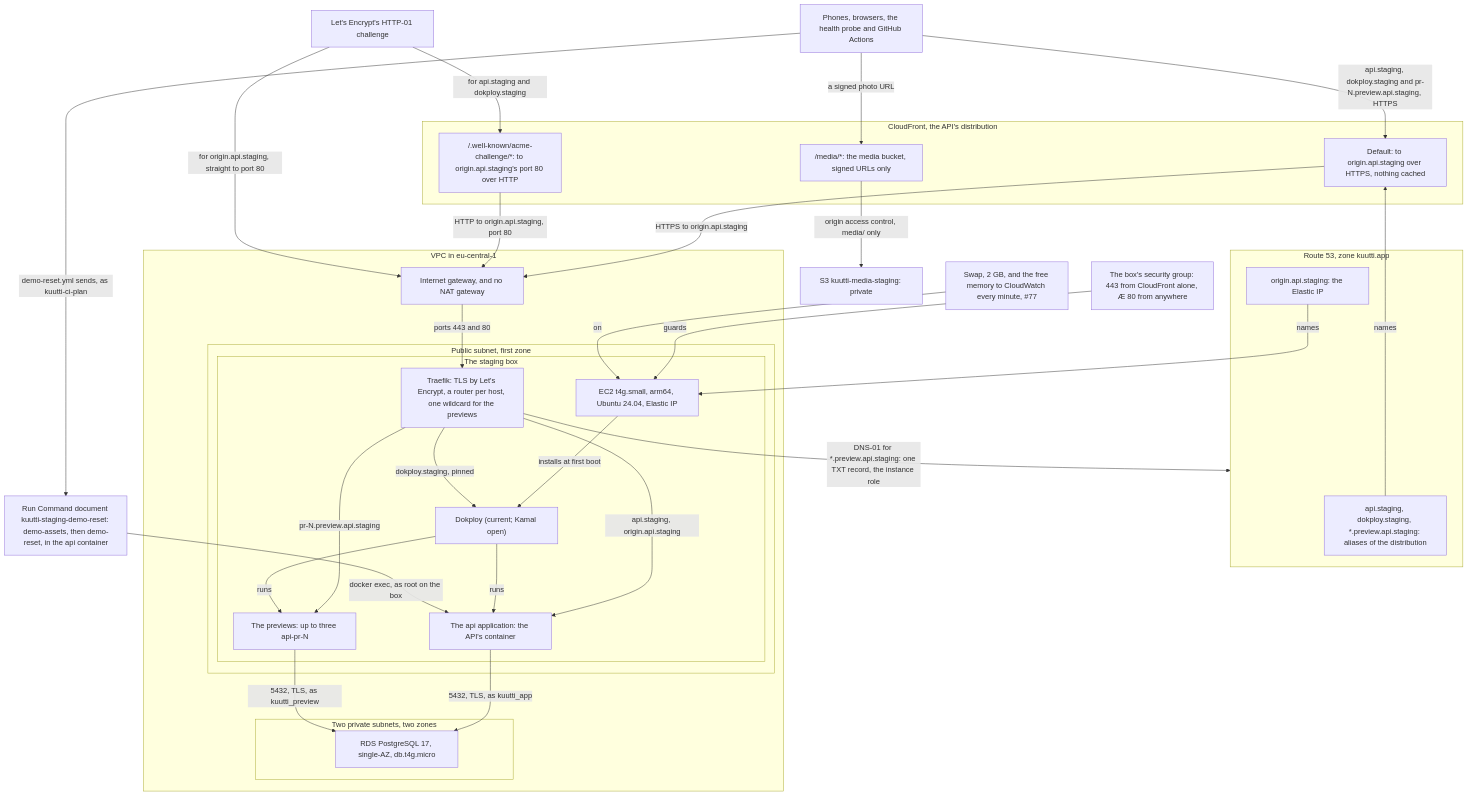
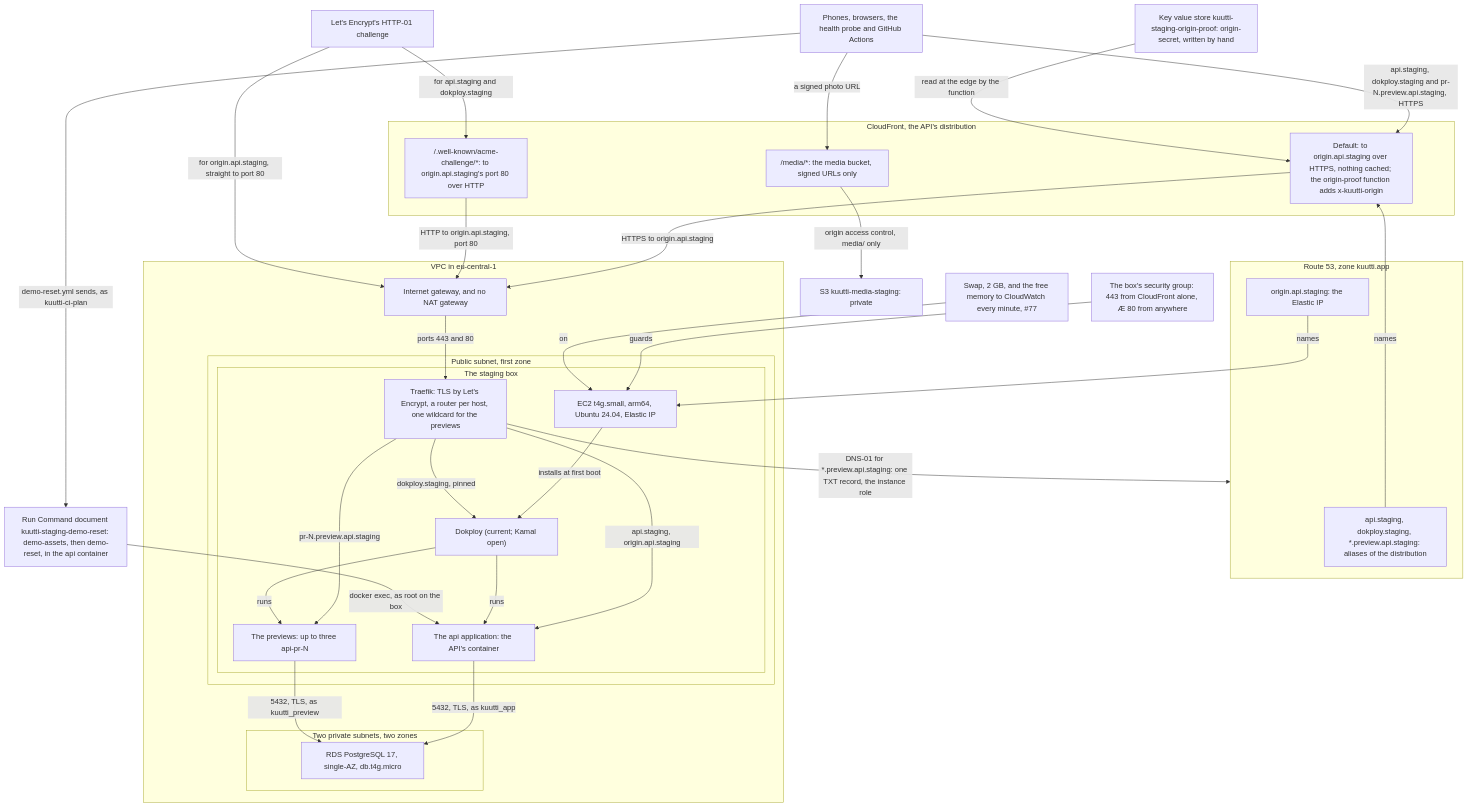
The second of 6 diagrams in docs/architecture/deployment.md (kuutti-ry/kuutti-app), drawn with Mermaid before and after one commit. The commit also changed other lines of this file and 41 other files, not shown here.

````diff
--- a/docs/architecture/deployment.md
+++ b/docs/architecture/deployment.md
@@ -72,59 +72,61 @@
 ```mermaid
 flowchart TB
   accTitle: Deployment, part 2: staging, its network and its box
   accDescr: api.staging.kuutti.app, Dokploy's control plane at dokploy.staging and the previews under preview.api.staging are CloudFront, which serves photos from the private media bucket, sends Let's Encrypt's challenge to the box's port 80 over HTTP and everything else over HTTPS to the box. GitHub Actions can also send one Run Command document that returns the demo personas to where they begin inside the API's container. On the box, in a public subnet, Traefik terminates TLS and routes by host to Dokploy, the API and the previews, which share one wildcard certificate that Traefik obtains by writing one TXT record in Route 53. RDS PostgreSQL sits in two private subnets with no NAT. The box's 443 answers CloudFront alone (#198), and its port 80 stays open for Let's Encrypt's challenge and the redirect. The box has 2 GB of swap and pushes its free memory to CloudWatch every minute.
   n11["Phones, browsers, the health probe and GitHub Actions"]
   n66["Let's Encrypt's HTTP-01 challenge"]
   subgraph dns["Route 53, zone kuutti.app"]
     n12["api.staging, dokploy.staging, *.preview.api.staging: aliases of the distribution"]
     n13["origin.api.staging: the Elastic IP"]
   end
   subgraph cdn["CloudFront, the API's distribution"]
-    n14["Default: to origin.api.staging over HTTPS, nothing cached"]
+    n14["Default: to origin.api.staging over HTTPS, nothing cached; the origin-proof function adds x-kuutti-origin"]
     n15["/media/*: the media bucket, signed URLs only"]
     n65["/.well-known/acme-challenge/*: to origin.api.staging's port 80 over HTTP"]
   end
+  n67["Key value store kuutti-staging-origin-proof: origin-secret, written by hand"]
   n16["S3 kuutti-media-staging: private"]
   subgraph vpcnet["VPC in eu-central-1"]
     n17["Internet gateway, and no NAT gateway"]
     subgraph pubnet["Public subnet, first zone"]
       subgraph ec2box["The staging box"]
         n18["EC2 t4g.small, arm64, Ubuntu 24.04, Elastic IP"]
         n19["Traefik: TLS by Let's Encrypt, a router per host, one wildcard for the previews"]
         n20["Dokploy (current; Kamal open)"]
         n21["The api application: the API's container"]
         n22["The previews: up to three api-pr-N"]
       end
     end
     subgraph privnet["Two private subnets, two zones"]
       n23["RDS PostgreSQL 17, single-AZ, db.t4g.micro"]
     end
   end
   n24["The box's security group: 443 from CloudFront alone, #198; 80 from anywhere"]
   n25["Swap, 2 GB, and the free memory to CloudWatch every minute, #77"]
   n64["Run Command document kuutti-staging-demo-reset: demo-assets, then demo-reset, in the api container"]
   n12 -->|"names"| n14
   n13 -->|"names"| n18
   n11 -->|"api.staging, dokploy.staging and pr-N.preview.api.staging, HTTPS"| n14
   n11 -->|"a signed photo URL"| n15
   n15 -->|"origin access control, media/ only"| n16
+  n67 -->|"read at the edge by the function"| n14
   n14 -->|"HTTPS to origin.api.staging"| n17
   n66 -->|"for api.staging and dokploy.staging"| n65
   n65 -->|"HTTP to origin.api.staging, port 80"| n17
   n66 -->|"for origin.api.staging, straight to port 80"| n17
   n17 -->|"ports 443 and 80"| n19
   n18 -->|"installs at first boot"| n20
   n19 -->|"api.staging, origin.api.staging"| n21
   n19 -->|"pr-N.preview.api.staging"| n22
   n19 -->|"dokploy.staging, pinned"| n20
   n19 -->|"DNS-01 for *.preview.api.staging: one TXT record, the instance role"| dns
   n20 -->|"runs"| n21
   n20 -->|"runs"| n22
   n21 -->|"5432, TLS, as kuutti_app"| n23
   n22 -->|"5432, TLS, as kuutti_preview"| n23
   n24 -->|"guards"| n18
   n25 -->|"on"| n18
   n11 -->|"demo-reset.yml sends, as kuutti-ci-plan"| n64
   n64 -->|"docker exec, as root on the box"| n21
   classDef notbuilt stroke-dasharray: 5 5
 ```
````
